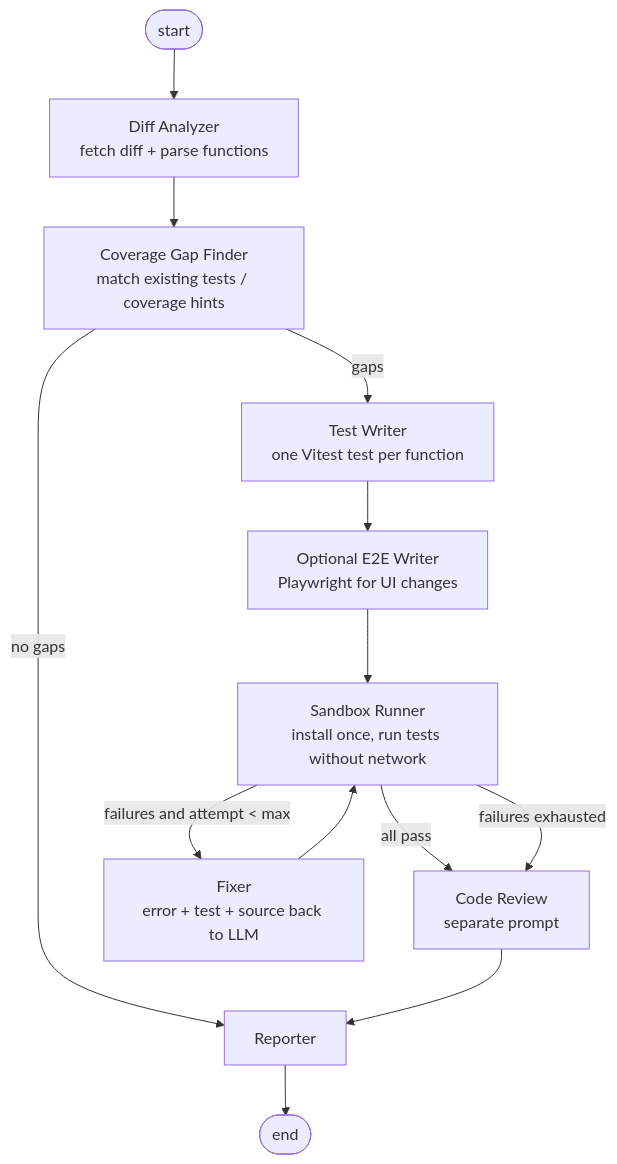
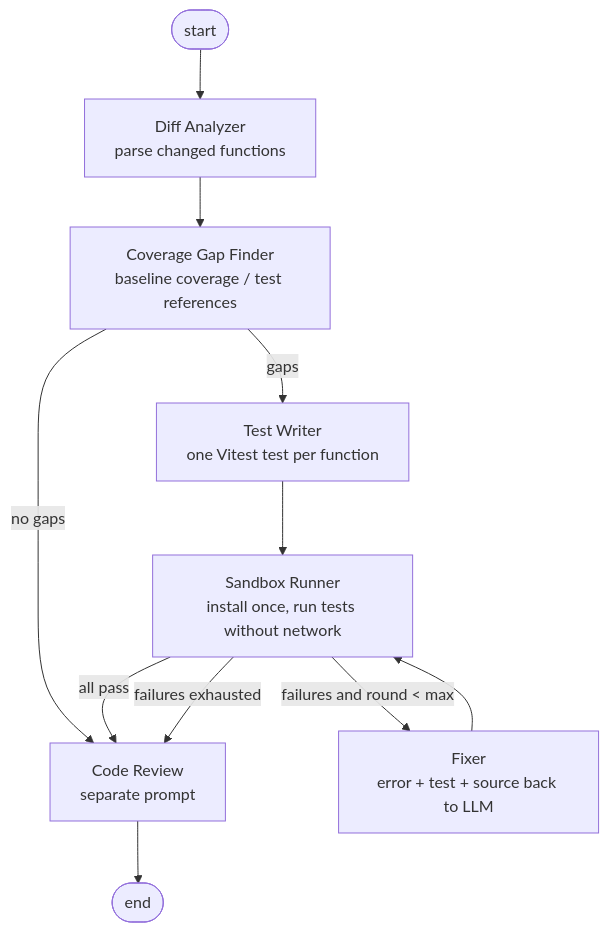
Before and after one commit to saswatt31/PR-Guard: the second of 2 diagrams in ARCHITECTURE.md, drawn with Mermaid. The commit also changed other lines of this file and 29 other files, not shown here.

Commit message:
feat: LangGraph test pipeline with LLM budget and test safety

````diff
--- a/ARCHITECTURE.md
+++ b/ARCHITECTURE.md
@@ -33,15 +35,13 @@
 ```mermaid
 flowchart TD
-    START([start]) --> A[Diff Analyzer<br/>fetch diff + parse functions]
-    A --> B[Coverage Gap Finder<br/>match existing tests / coverage hints]
-    B -->|no gaps| R[Reporter]
+    START([start]) --> A[Diff Analyzer<br/>parse changed functions]
+    A --> B[Coverage Gap Finder<br/>baseline coverage / test references]
+    B -->|no gaps| V[Code Review<br/>separate prompt]
     B -->|gaps| C[Test Writer<br/>one Vitest test per function]
-    C --> E[Optional E2E Writer<br/>Playwright for UI changes]
-    E --> S[Sandbox Runner<br/>install once, run tests without network]
-    S -->|all pass| V[Code Review<br/>separate prompt]
-    S -->|failures and attempt < max| F[Fixer<br/>error + test + source back to LLM]
+    C --> S[Sandbox Runner<br/>install once, run tests without network]
+    S -->|all pass| V
+    S -->|failures and round < max| F[Fixer<br/>error + test + source back to LLM]
     F --> S
     S -->|failures exhausted| V
-    V --> R
-    R --> END([end])
+    V --> END([end])
 ```
````
